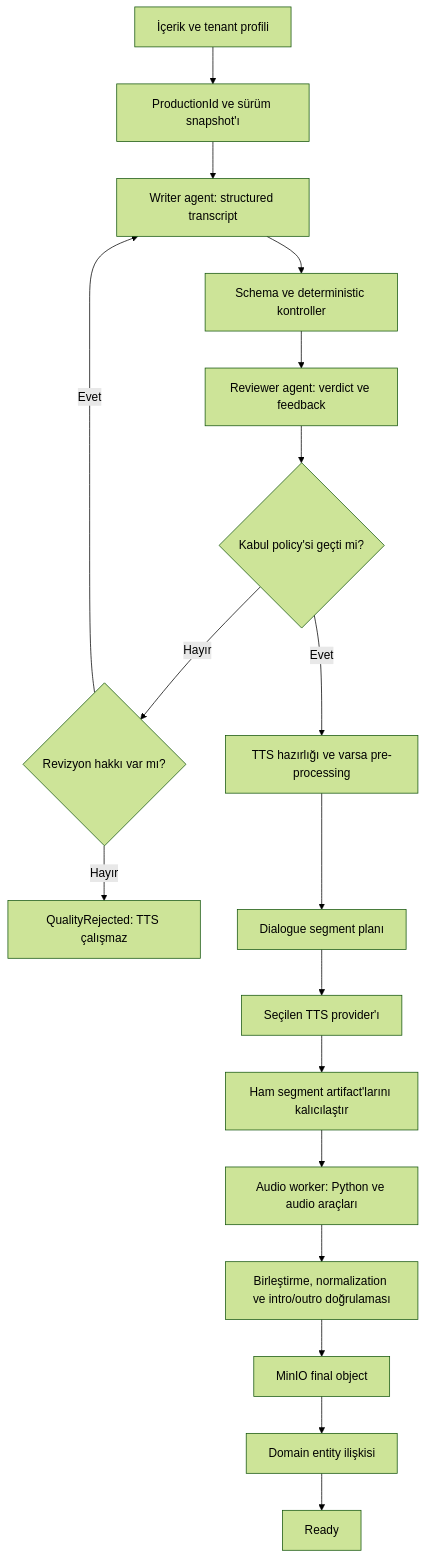
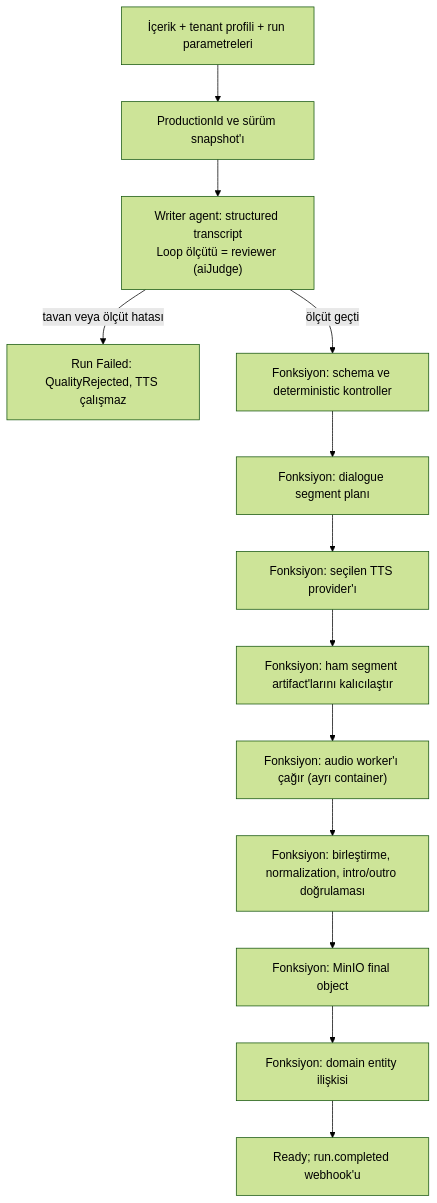
Before and after one commit to farukatasoy/Tracon: the first of 2 diagrams in docs/arsiv/incelemeler/2026-10-11-podcast-tuketici-uyum-raporu.md, drawn with Mermaid (forest theme). The commit also changed other lines of this file and 19 other files, not shown here.

````diff
--- a/docs/arsiv/incelemeler/2026-10-11-podcast-tuketici-uyum-raporu.md
+++ b/docs/arsiv/incelemeler/2026-10-11-podcast-tuketici-uyum-raporu.md
@@ -80,20 +133,15 @@
 ```mermaid
 flowchart TD
-    INPUT["İçerik ve tenant profili"] --> SNAP["ProductionId ve sürüm snapshot'ı"]
-    SNAP --> WRITE["Writer agent: structured transcript"]
-    WRITE --> VALIDATE["Schema ve deterministic kontroller"]
-    VALIDATE --> REVIEW["Reviewer agent: verdict ve feedback"]
-    REVIEW --> GATE{"Kabul policy'si geçti mi?"}
-    GATE -->|Hayır| LIMIT{"Revizyon hakkı var mı?"}
-    LIMIT -->|Evet| WRITE
-    LIMIT -->|Hayır| REJECT["QualityRejected: TTS çalışmaz"]
-    GATE -->|Evet| PRE["TTS hazırlığı ve varsa pre-processing"]
-    PRE --> SEGMENTS["Dialogue segment planı"]
-    SEGMENTS --> TTS["Seçilen TTS provider'ı"]
-    TTS --> SAVE["Ham segment artifact'larını kalıcılaştır"]
-    SAVE --> PYTHON["Audio worker: Python ve audio araçları"]
-    PYTHON --> AUDIOCHECK["Birleştirme, normalization ve intro/outro doğrulaması"]
-    AUDIOCHECK --> STORE["MinIO final object"]
-    STORE --> LINK["Domain entity ilişkisi"]
-    LINK --> READY["Ready"]
+    INPUT["İçerik + tenant profili + run parametreleri"] --> SNAP["ProductionId ve sürüm snapshot'ı"]
+    SNAP --> WRITE["Writer agent: structured transcript<br/>Loop ölçütü = reviewer (aiJudge)"]
+    WRITE -->|"tavan veya ölçüt hatası"| REJECT["Run Failed: QualityRejected, TTS çalışmaz"]
+    WRITE -->|"ölçüt geçti"| VALIDATE["Fonksiyon: schema ve deterministic kontroller"]
+    VALIDATE --> SEGMENTS["Fonksiyon: dialogue segment planı"]
+    SEGMENTS --> TTS["Fonksiyon: seçilen TTS provider'ı"]
+    TTS --> SAVE["Fonksiyon: ham segment artifact'larını kalıcılaştır"]
+    SAVE --> PYTHON["Fonksiyon: audio worker'ı çağır (ayrı container)"]
+    PYTHON --> AUDIOCHECK["Fonksiyon: birleştirme, normalization, intro/outro doğrulaması"]
+    AUDIOCHECK --> STORE["Fonksiyon: MinIO final object"]
+    STORE --> LINK["Fonksiyon: domain entity ilişkisi"]
+    LINK --> READY["Ready; run.completed webhook'u"]
 ```
````
